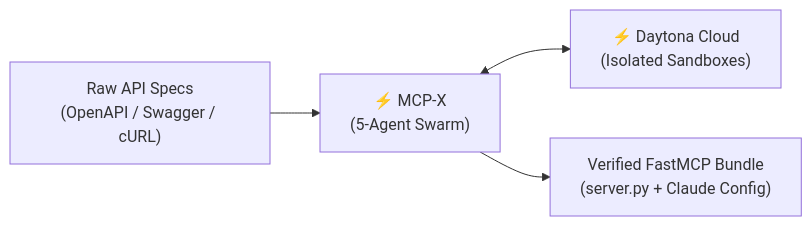
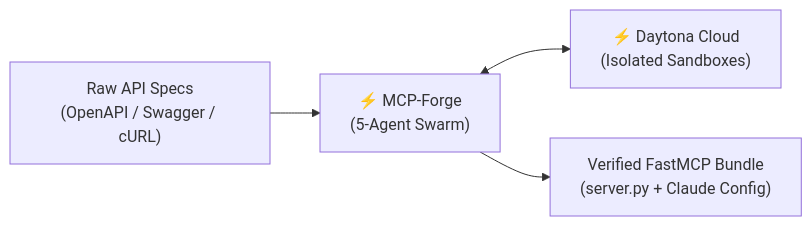
The first of 3 diagrams in README.md (Nischit290402/daytona-hackathon), drawn with Mermaid before and after one commit. The commit also changed other lines of this file, not shown here.

Commit message:
Rename project to MCP-Forge

````diff
--- a/README.md
+++ b/README.md
@@ -11,6 +11,6 @@
 ```mermaid
 flowchart LR
-    A["Raw API Specs<br/>(OpenAPI / Swagger / cURL)"] --> B["⚡ MCP-X<br/>(5-Agent Swarm)"]
+    A["Raw API Specs<br/>(OpenAPI / Swagger / cURL)"] --> B["⚡ MCP-Forge<br/>(5-Agent Swarm)"]
     B <--> C["⚡ Daytona Cloud<br/>(Isolated Sandboxes)"]
     B --> D["Verified FastMCP Bundle<br/>(server.py + Claude Config)"]
 ```
````
